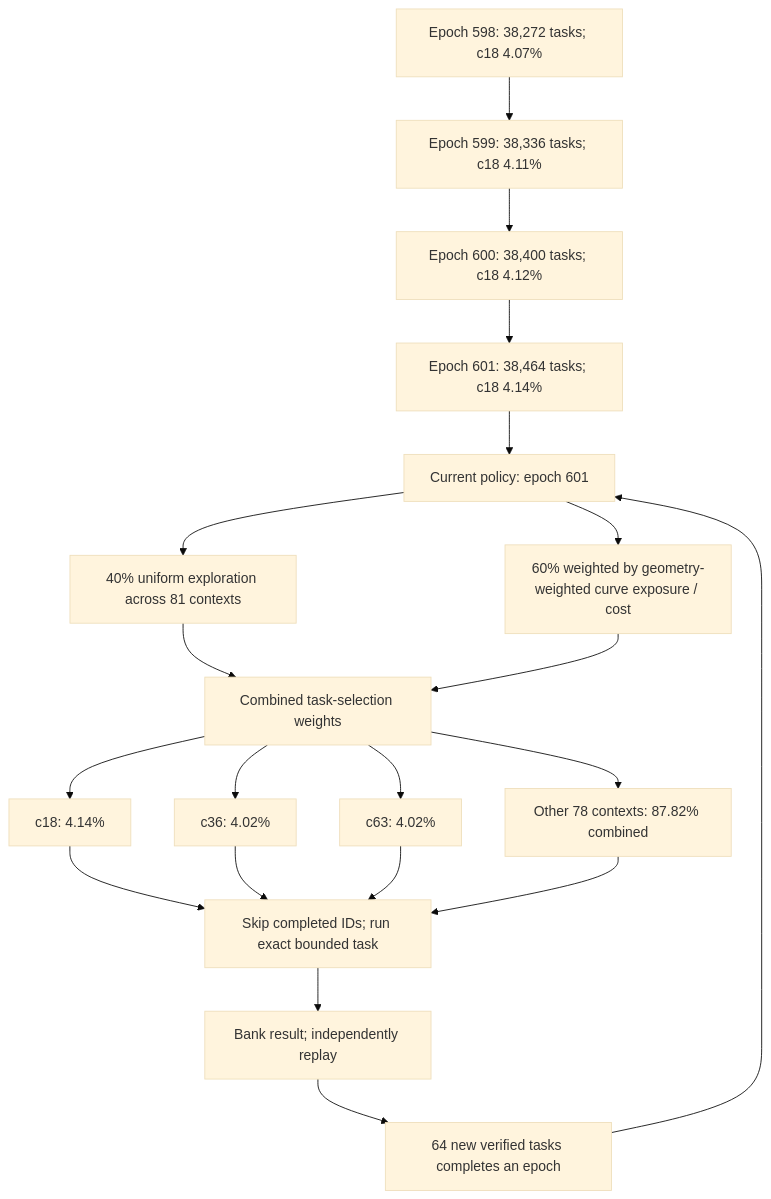
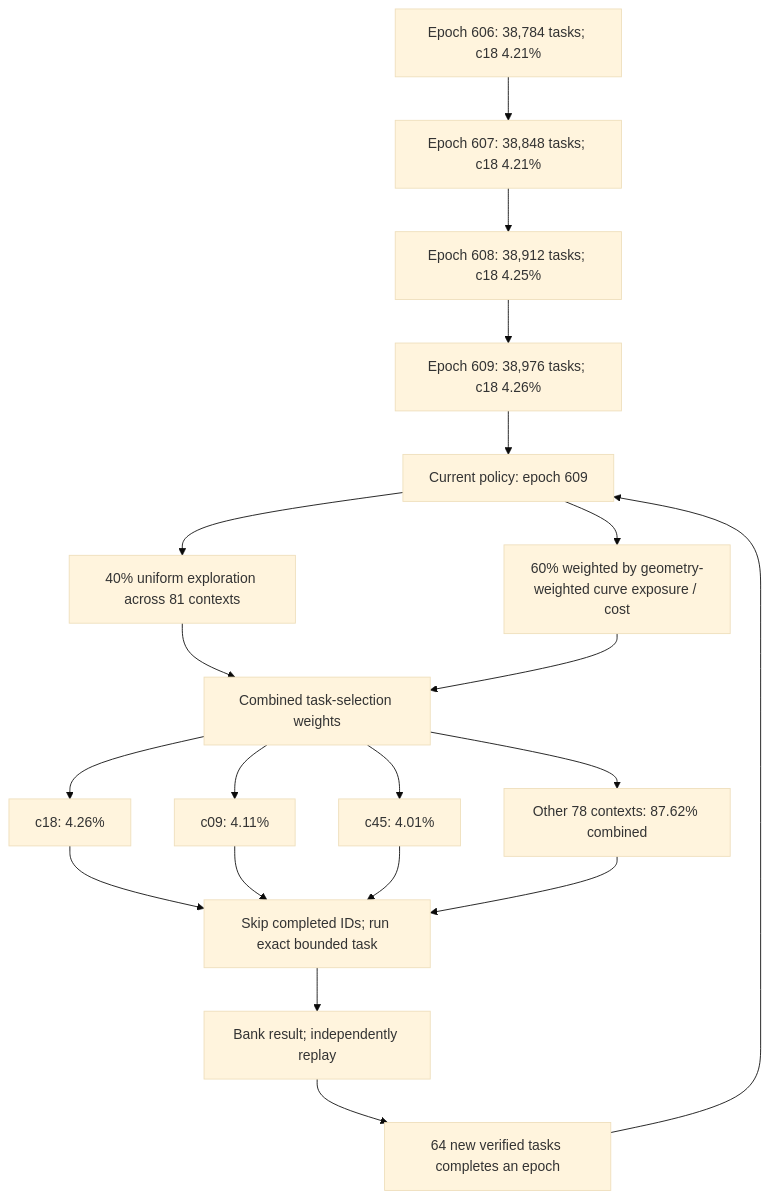
One commit to Kuberwastaken/math-gambling changed the first of 3 diagrams in README.md. Above: the diagram before and after it, drawn with Mermaid (base theme). The commit also changed other lines of this file and 1130 other files, not shown here.

````diff
--- a/README.md
+++ b/README.md
@@ -55,27 +55,27 @@
 ```mermaid
 flowchart TD
-    H0["Epoch 598: 38,272 tasks; c18 4.07%"]
-    H1["Epoch 599: 38,336 tasks; c18 4.11%"]
+    H0["Epoch 606: 38,784 tasks; c18 4.21%"]
+    H1["Epoch 607: 38,848 tasks; c18 4.21%"]
     H0 --> H1
-    H2["Epoch 600: 38,400 tasks; c18 4.12%"]
+    H2["Epoch 608: 38,912 tasks; c18 4.25%"]
     H1 --> H2
-    H3["Epoch 601: 38,464 tasks; c18 4.14%"]
+    H3["Epoch 609: 38,976 tasks; c18 4.26%"]
     H2 --> H3
-    Policy["Current policy: epoch 601"]
+    Policy["Current policy: epoch 609"]
     H3 --> Policy
     Policy --> Explore["40% uniform exploration across 81 contexts"]
     Policy --> Cost["60% weighted by geometry-weighted curve exposure / cost"]
     Explore --> Mix["Combined task-selection weights"]
     Cost --> Mix
-    Mix --> C0["c18: 4.14%"]
-    Mix --> C1["c36: 4.02%"]
-    Mix --> C2["c63: 4.02%"]
-    Mix --> Rest["Other 78 contexts: 87.82% combined"]
+    Mix --> C0["c18: 4.26%"]
+    Mix --> C1["c09: 4.11%"]
+    Mix --> C2["c45: 4.01%"]
+    Mix --> Rest["Other 78 contexts: 87.62% combined"]
     C0 --> Check["Skip completed IDs; run exact bounded task"]
     C1 --> Check
     C2 --> Check
     Rest --> Check
     Check --> Replay["Bank result; independently replay"]
     Replay --> Gate["64 new verified tasks completes an epoch"]
     Gate --> Policy
 ```
````
